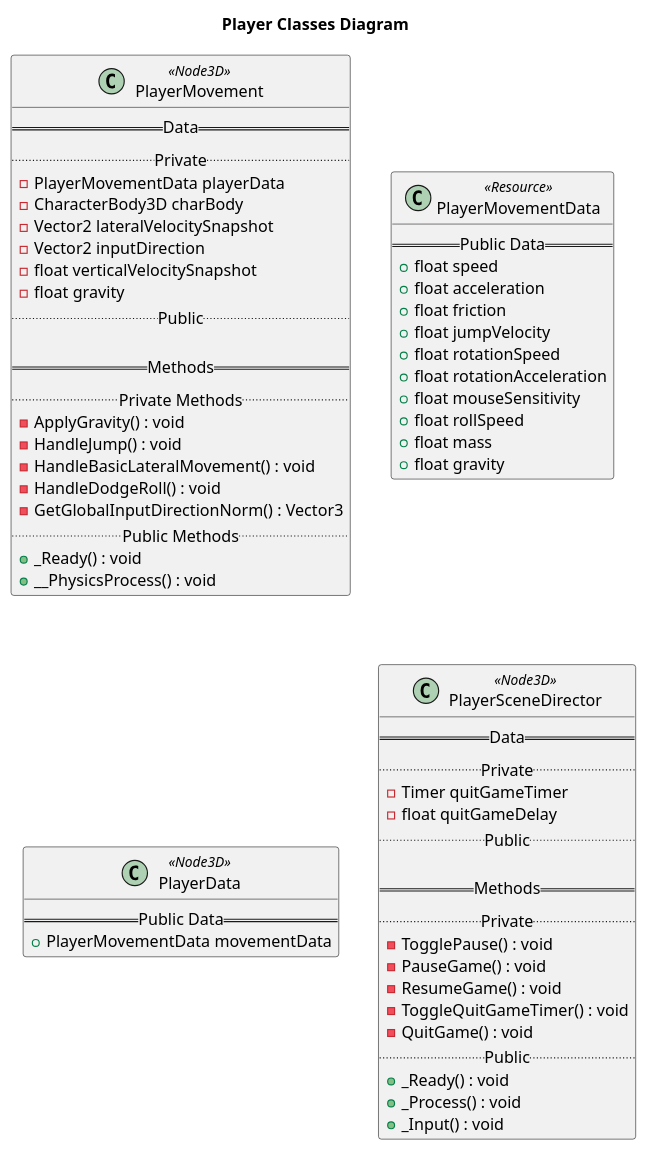
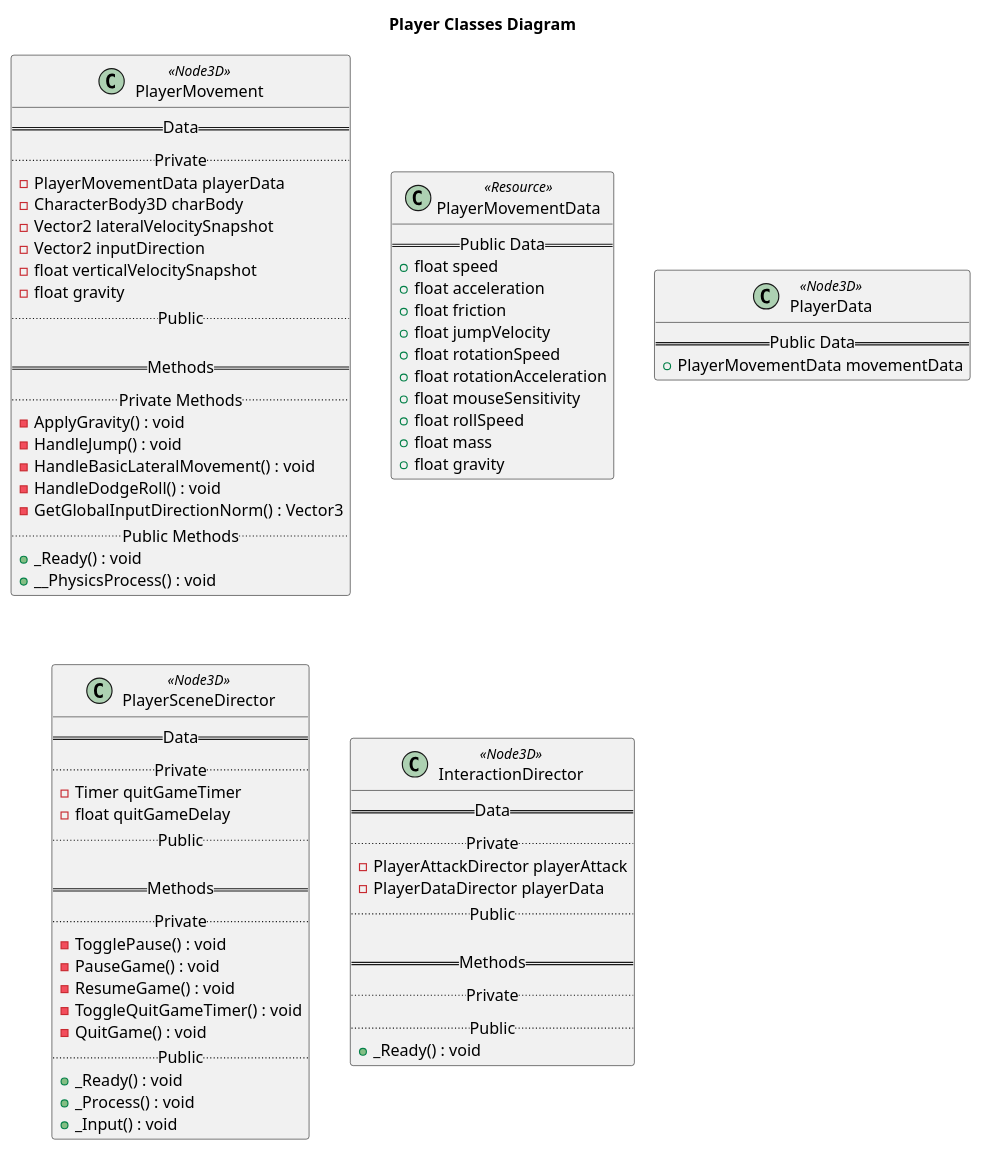
The diagram in Godot-Project/UML-Diagrams/src/Player-Classes.puml (kjtkanaly/Roguelike-Shoot-Em-Up), drawn with PlantUML before and after one commit. The commit also changed 1 other file, not shown here.

Commit message:
Updated the player-classes diagram

```diff
--- a/Godot-Project/UML-Diagrams/src/Player-Classes.puml
+++ b/Godot-Project/UML-Diagrams/src/Player-Classes.puml
@@ -1,67 +1,80 @@
 @startuml Player Classes
 
 title Player Classes Diagram
 
 class PlayerMovement <<Node3D>>{
     == Data ==
     .. Private ..
     - PlayerMovementData playerData
     - CharacterBody3D charBody
     - Vector2 lateralVelocitySnapshot
     - Vector2 inputDirection
     - float verticalVelocitySnapshot
     - float gravity
     .. Public ..
 
     == Methods ==
     .. Private Methods ..
     - ApplyGravity() : void
     - HandleJump() : void
     - HandleBasicLateralMovement() : void
     - HandleDodgeRoll() : void
     - GetGlobalInputDirectionNorm() : Vector3
     .. Public Methods ..
     + _Ready() : void
     + __PhysicsProcess() : void
 }
 
 class PlayerMovementData <<Resource>> {
     == Public Data ==
     + float speed
     + float acceleration
     + float friction
     + float jumpVelocity
     + float rotationSpeed
     + float rotationAcceleration
     + float mouseSensitivity
     + float rollSpeed
     + float mass
     + float gravity
 }
 
 class PlayerData <<Node3D>>{
     == Public Data ==
     + PlayerMovementData movementData
 }
 
 class PlayerSceneDirector <<Node3D>>{
     == Data ==
     .. Private ..
     - Timer quitGameTimer
     - float quitGameDelay
     .. Public ..
 
     == Methods ==
     .. Private ..
     - TogglePause() : void
     - PauseGame() : void
     - ResumeGame() : void
     - ToggleQuitGameTimer() : void
     - QuitGame() : void
     .. Public ..
     + _Ready() : void
     + _Process() : void
     + _Input() : void
 }
 
+class InteractionDirector <<Node3D>>{
+    == Data ==
+    .. Private ..
+    - PlayerAttackDirector playerAttack
+    - PlayerDataDirector playerData
+    .. Public ..
+
+    == Methods ==
+    .. Private ..
+    .. Public ..
+    + _Ready() : void
+}
+
 @enduml
```
